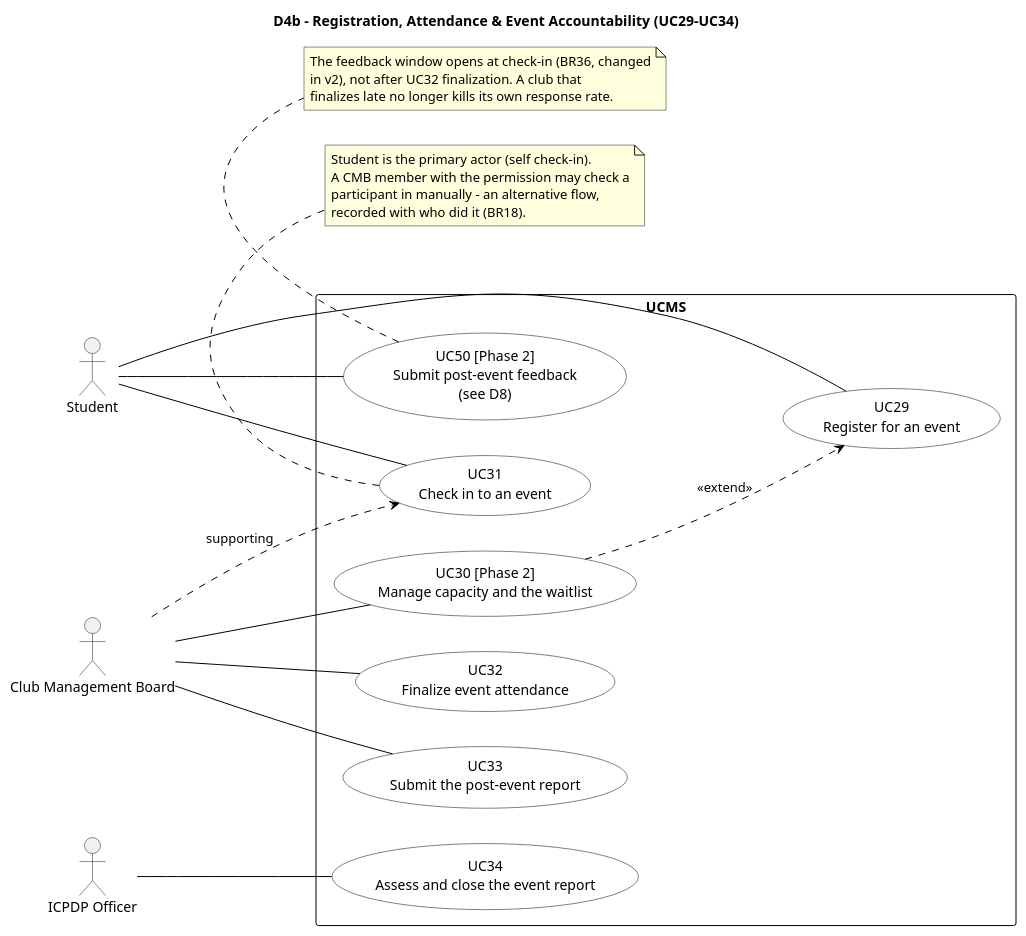
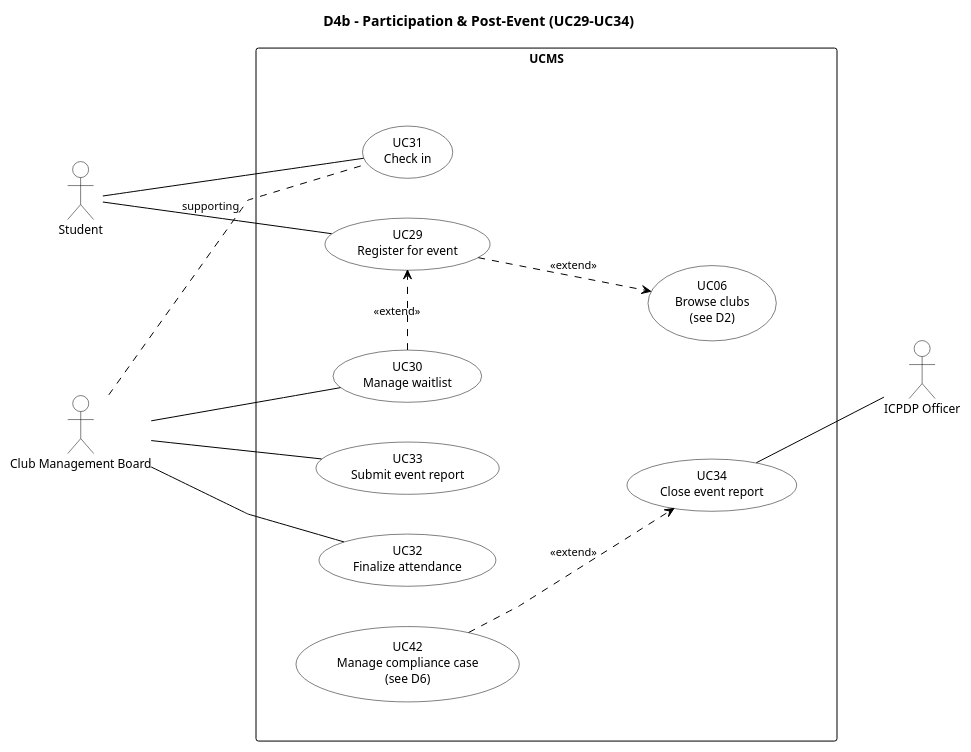
Before and after one commit to nvdekay/ClubManagementSystem: the diagram in docs/diagrams/v2/D4b_ParticipationPostEvent.puml, drawn with PlantUML. The commit also changed 10 other files, not shown here.

First line of the commit message:
docs: redraw the v2 use case diagrams in Visual Paradigm style

```diff
--- a/docs/diagrams/v2/D4b_ParticipationPostEvent.puml
+++ b/docs/diagrams/v2/D4b_ParticipationPostEvent.puml
@@ -1,65 +1,72 @@
 @startuml v2_D4b_ParticipationPostEvent
 left to right direction
+skinparam linetype polyline
+skinparam nodesep 40
+skinparam ranksep 60
 skinparam backgroundColor White
 skinparam shadowing false
 skinparam defaultFontName Helvetica
+skinparam defaultFontSize 12
+skinparam ArrowColor Black
+skinparam ArrowFontSize 11
+skinparam actor {
+  BackgroundColor White
+  BorderColor Black
+}
 skinparam usecase {
   BackgroundColor White
   BorderColor Black
-  ArrowColor Black
 }
 skinparam rectangle {
   BackgroundColor White
   BorderColor Black
 }
+skinparam package {
+  BackgroundColor White
+  BorderColor Black
+}
+' inner frame: invisible, only adds padding inside the system boundary
+skinparam rectangle<<inner>> {
+  BorderColor Transparent
+  FontColor Transparent
+}
+hide <<inner>> stereotype
 
-title D4b - Registration, Attendance & Event Accountability (UC29-UC34)
+title D4b - Participation & Post-Event (UC29-UC34)
 
 actor "Student" as STU
 actor "Club Management Board" as CMB
 actor "ICPDP Officer" as ICPDP
 
-rectangle UCMS {
-  usecase UC29 as "UC29
-  Register for an event"
-  usecase UC30 as "UC30 [Phase 2]
-  Manage capacity and the waitlist"
-  usecase UC31 as "UC31
-  Check in to an event"
-  usecase UC32 as "UC32
-  Finalize event attendance"
-  usecase UC33 as "UC33
-  Submit the post-event report"
-  usecase UC34 as "UC34
-  Assess and close the event report"
-  usecase UC50 as "UC50 [Phase 2]
-  Submit post-event feedback
-  (see D8)"
+rectangle "UCMS" {
+  rectangle " " <<inner>> {
+    usecase "UC06\nBrowse clubs\n(see D2)" as UC06
+    together {
+      usecase "UC29\nRegister for event" as UC29
+      usecase "UC30\nManage waitlist" as UC30
+    }
+    usecase "UC31\nCheck in" as UC31
+    usecase "UC32\nFinalize attendance" as UC32
+    usecase "UC33\nSubmit event report" as UC33
+    usecase "UC34\nClose event report" as UC34
+    usecase "UC42\nManage compliance case\n(see D6)" as UC42
+  }
 }
-
-UC30 ..> UC29 : <<extend>>
 
 STU -- UC29
 STU -- UC31
-STU -- UC50
 
 CMB -- UC30
 CMB -- UC32
 CMB -- UC33
-CMB ..> UC31 : supporting
+CMB .. UC31 : supporting
 
-ICPDP -- UC34
+UC34 -- ICPDP
 
-note bottom of UC31
-  Student is the primary actor (self check-in).
-  A CMB member with the permission may check a
-  participant in manually - an alternative flow,
-  recorded with who did it (BR18).
-end note
+UC29 ..> UC06 : <<extend>>
+UC30 .[norank].> UC29 : <<extend>>
+UC42 ..> UC34 : <<extend>>
 
-note bottom of UC50
-  The feedback window opens at check-in (BR36, changed
-  in v2), not after UC32 finalization. A club that
-  finalizes late no longer kills its own response rate.
-end note
+' layout only: keep ICPDP in its own column to the right of the frame
+UC06 -[hidden]- ICPDP
 @enduml
```
